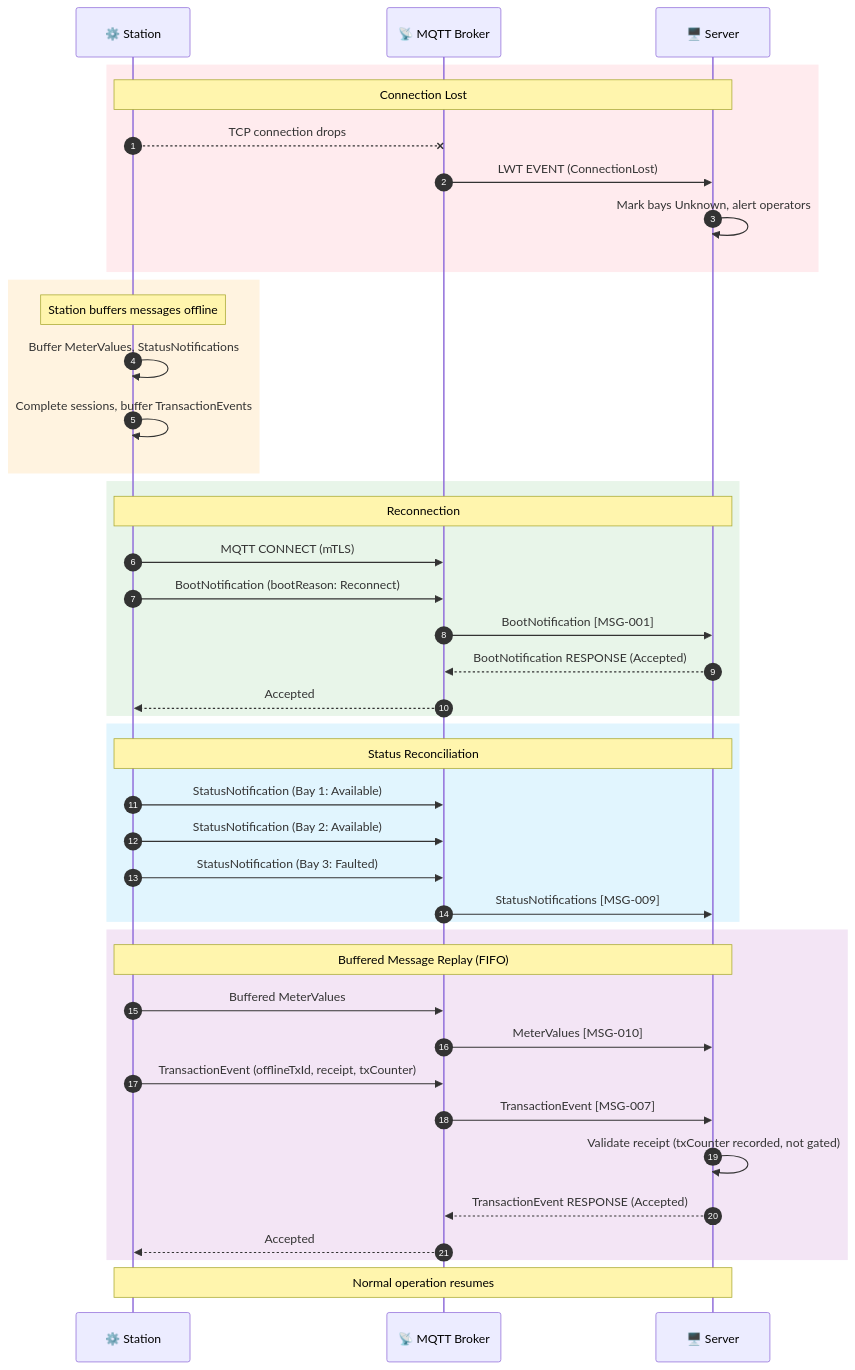
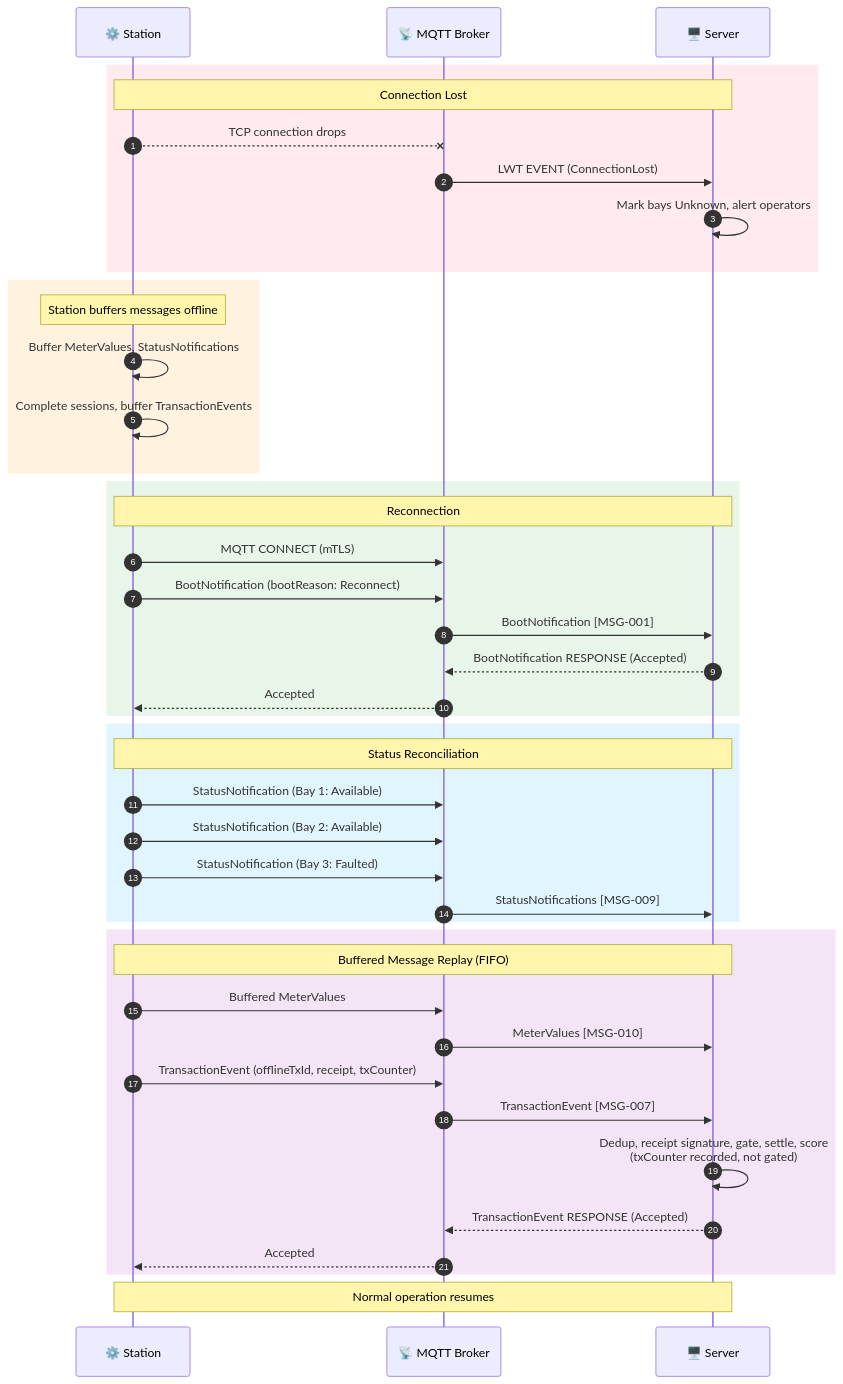
Before and after one commit to ospp-org/spec: the seventh of 7 diagrams in diagrams/README.md, drawn with Mermaid. The commit also changed other lines of this file and 7 other files, not shown here.

First line of the commit message:
docs: KNOWN-ISSUES, ROADMAP, ADR-002, the implementor's guide, diagrams and READMEs follow the offline model

````diff
--- a/diagrams/README.md
+++ b/diagrams/README.md
@@ -299,51 +300,51 @@
 ```mermaid
 sequenceDiagram
     autonumber
 
     participant Station as ⚙️ Station
     participant Broker as 📡 MQTT Broker
     participant Server as 🖥️ Server
 
     rect rgb(255, 235, 238)
         Note over Station,Server: Connection Lost
         Station--xBroker: TCP connection drops
         Broker->>Server: LWT EVENT (ConnectionLost)
         Server->>Server: Mark bays Unknown, alert operators
     end
 
     rect rgb(255, 243, 224)
         Note over Station: Station buffers messages offline
         Station->>Station: Buffer MeterValues, StatusNotifications
         Station->>Station: Complete sessions, buffer TransactionEvents
     end
 
     rect rgb(232, 245, 233)
         Note over Station,Server: Reconnection
         Station->>Broker: MQTT CONNECT (mTLS)
         Station->>Broker: BootNotification (bootReason: Reconnect)
         Broker->>Server: BootNotification [MSG-001]
         Server-->>Broker: BootNotification RESPONSE (Accepted)
         Broker-->>Station: Accepted
     end
 
     rect rgb(225, 245, 254)
         Note over Station,Server: Status Reconciliation
         Station->>Broker: StatusNotification (Bay 1: Available)
         Station->>Broker: StatusNotification (Bay 2: Available)
         Station->>Broker: StatusNotification (Bay 3: Faulted)
         Broker->>Server: StatusNotifications [MSG-009]
     end
 
     rect rgb(243, 229, 245)
         Note over Station,Server: Buffered Message Replay (FIFO)
         Station->>Broker: Buffered MeterValues
         Broker->>Server: MeterValues [MSG-010]
         Station->>Broker: TransactionEvent (offlineTxId, receipt, txCounter)
         Broker->>Server: TransactionEvent [MSG-007]
-        Server->>Server: Validate receipt (txCounter recorded, not gated)
+        Server->>Server: Dedup, receipt signature, gate, settle, score<br/>(txCounter recorded, not gated)
         Server-->>Broker: TransactionEvent RESPONSE (Accepted)
         Broker-->>Station: Accepted
     end
 
     Note over Station,Server: Normal operation resumes
 ```
````
